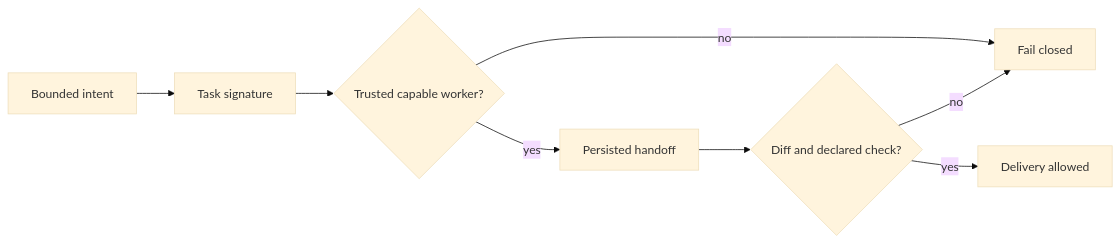
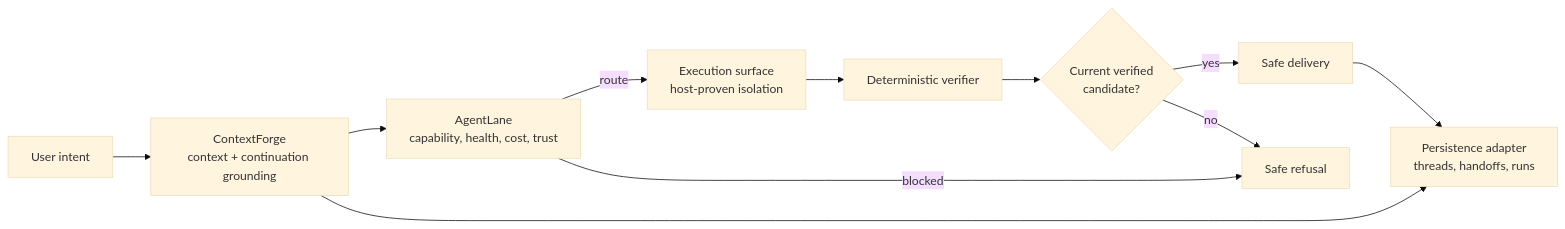
Before and after one commit to ZivK00/zivlabs: the diagram in README.md, drawn with Mermaid (base theme). The commit also changed other lines of this file and 44 other files, not shown here.

````diff
--- a/README.md
+++ b/README.md
@@ -32,10 +30,13 @@
 ```mermaid
 flowchart LR
-  I[Bounded intent] --> S[Task signature]
-  S --> R{Trusted capable worker?}
-  R -- no --> X[Fail closed]
-  R -- yes --> H[Persisted handoff]
-  H --> V{Diff and declared check?}
-  V -- no --> X
-  V -- yes --> D[Delivery allowed]
+  U[User intent] --> C[ContextForge\ncontext + continuation grounding]
+  C --> A[AgentLane\ncapability, health, cost, trust]
+  A -->|route| E[Execution surface\nhost-proven isolation]
+  A -->|blocked| X[Safe refusal]
+  E --> V[Deterministic verifier]
+  V --> D{Current verified\ncandidate?}
+  D -->|yes| L[Safe delivery]
+  D -->|no| X
+  C --> P[Persistence adapter\nthreads, handoffs, runs]
+  L --> P
 ```
````
